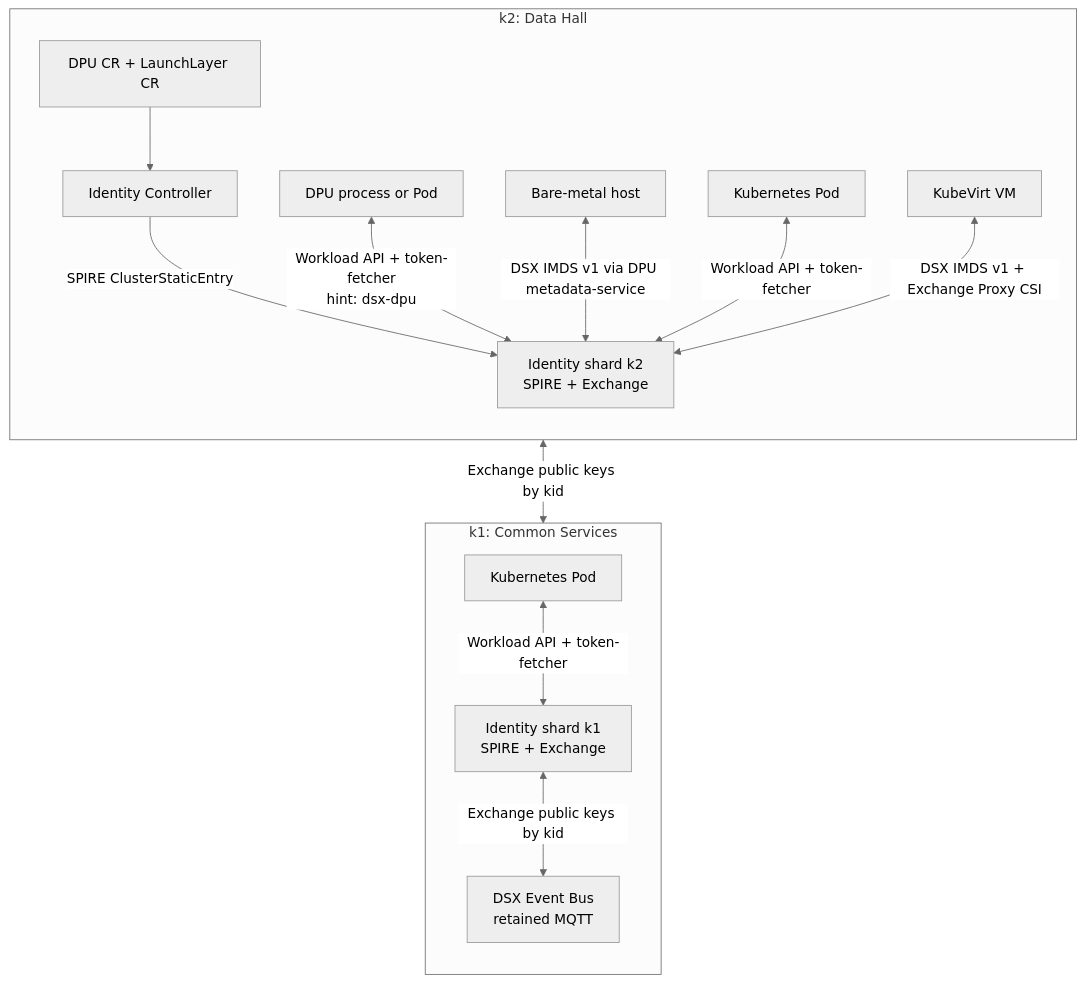
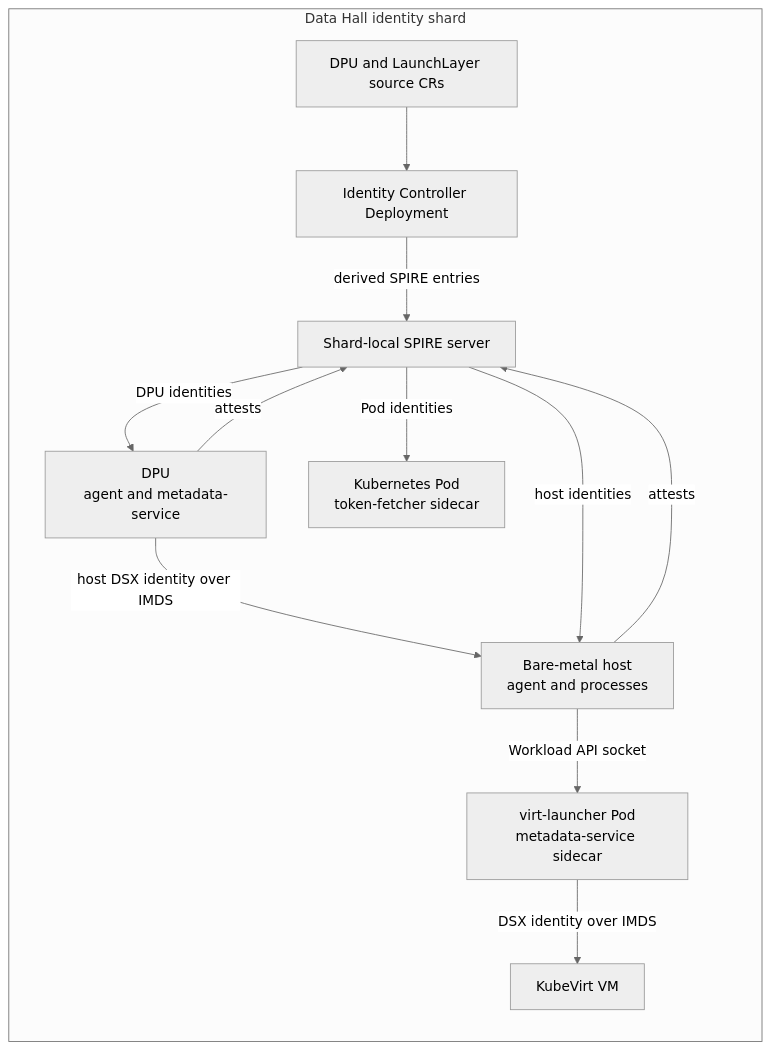
One commit to dsx-ai-factory/nvidia-workload-identity changed the first of 9 diagrams in README.md. Above: the diagram before and after it, drawn with Mermaid (neutral theme). The commit also changed other lines of this file and 34 other files, not shown here.

````diff
--- a/README.md
+++ b/README.md
@@ -9,23 +19,25 @@
 ```mermaid
 flowchart TB
-  subgraph K1["k1: Common Services"]
+  subgraph Shard["Data Hall identity shard"]
     direction TB
-    I1["Identity shard k1<br/>SPIRE + Exchange"]
-    P1["Kubernetes Pod"] <-->|"Workload API + token-fetcher"| I1
-    BUS["DSX Event Bus<br/>retained MQTT"]
-    I1 <-->|"Exchange public keys by kid"| BUS
+    Sources["DPU and LaunchLayer source CRs"]
+    Controller["Identity Controller Deployment"]
+    SPIRE["Shard-local SPIRE server"]
+    DPU["DPU<br/>agent and metadata-service"]
+    Host["Bare-metal host<br/>agent and processes"]
+    Pod["Kubernetes Pod<br/>token-fetcher sidecar"]
+    VMHost["virt-launcher Pod<br/>metadata-service sidecar"]
+    VM["KubeVirt VM"]
+
+    Sources --> Controller
+    Controller -->|"derived SPIRE entries"| SPIRE
+    DPU -->|"attests"| SPIRE
+    SPIRE -->|"DPU identities"| DPU
+    DPU -->|"host DSX identity over IMDS"| Host
+    Host -->|"attests"| SPIRE
+    SPIRE -->|"host identities"| Host
+    Host -->|"Workload API socket"| VMHost
+    VMHost -->|"DSX identity over IMDS"| VM
+    SPIRE -->|"Pod identities"| Pod
   end
-
-  subgraph K2["k2: Data Hall"]
-    direction TB
-    SRC["DPU CR + LaunchLayer CR"] --> CTRL["Identity Controller"]
-    CTRL -->|"SPIRE ClusterStaticEntry"| I2["Identity shard k2<br/>SPIRE + Exchange"]
-    DPU["DPU process or Pod"] <-->|"Workload API + token-fetcher<br/>hint: dsx-dpu"| I2
-    HOST["Bare-metal host"] <-->|"DSX IMDS v1 via DPU metadata-service"| I2
-    P2["Kubernetes Pod"] <-->|"Workload API + token-fetcher"| I2
-    VM["KubeVirt VM"] <-->|"DSX IMDS v1 + Exchange Proxy CSI"| I2
-  end
-
-  I2 <-->|"Exchange public keys by kid"| BUS
-
 ```
````
